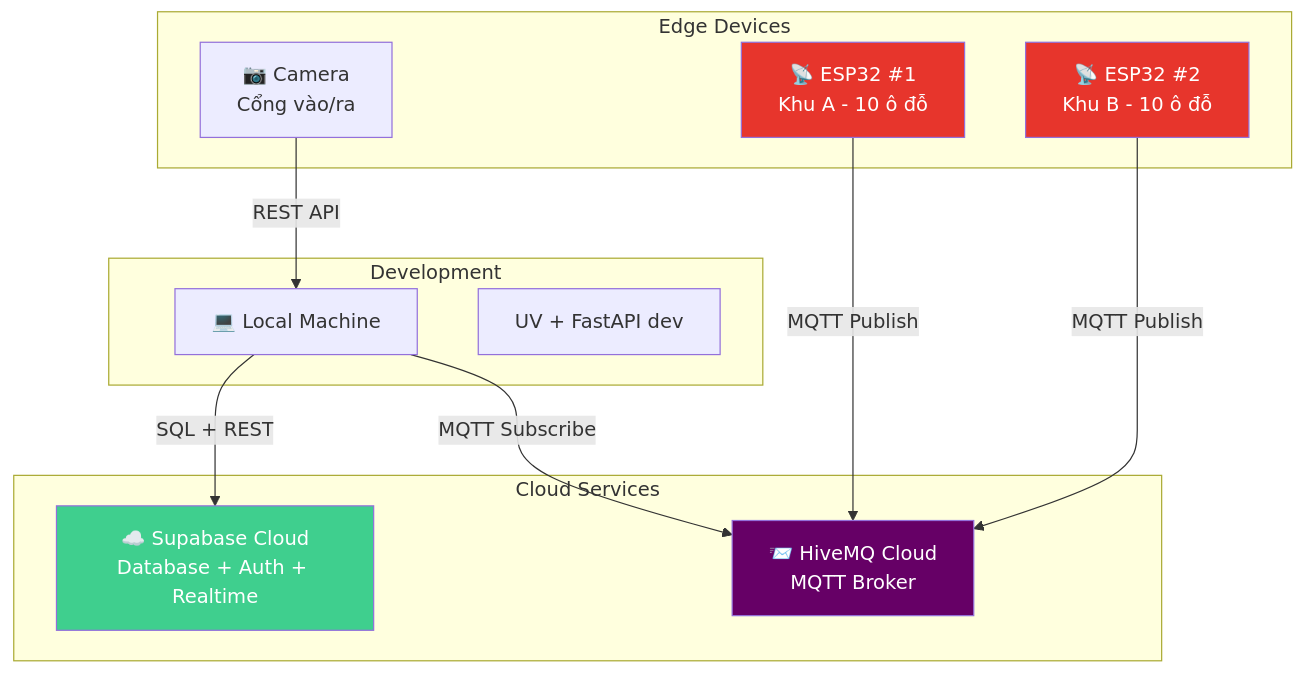
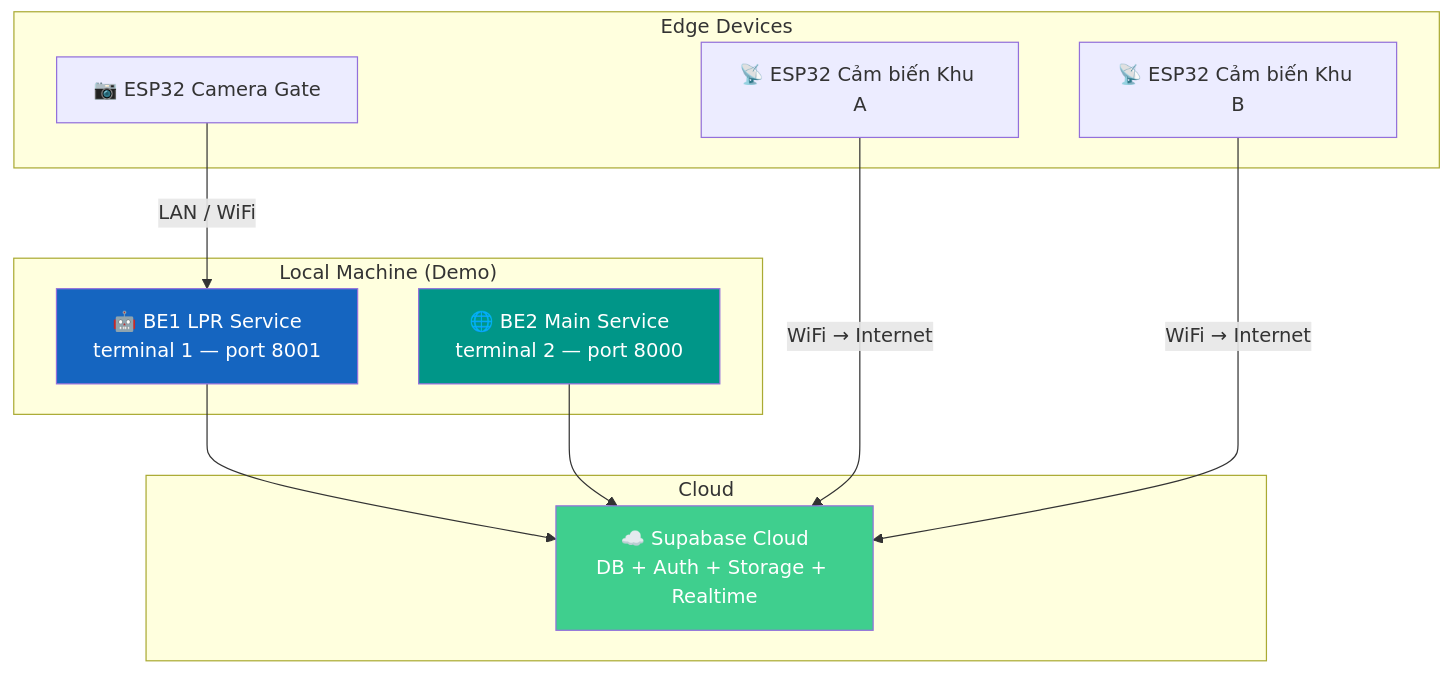
Before and after one commit to smart-parking-lab/smart-parking-backend-dashboard: the fifth of 5 diagrams in docs/SYSTEM_DESIGN.md, drawn with Mermaid. The commit also changed other lines of this file, not shown here.

````diff
--- a/docs/SYSTEM_DESIGN.md
+++ b/docs/SYSTEM_DESIGN.md
@@ -282,29 +157,27 @@
 ```mermaid
 graph TB
-    subgraph "Development"
-        DEV[💻 Local Machine]
-        UV_DEV[UV + FastAPI dev]
+    subgraph "Local Machine (Demo)"
+        BE1[🤖 BE1 LPR Service<br/>terminal 1 — port 8001]
+        BE2[🌐 BE2 Main Service<br/>terminal 2 — port 8000]
     end
 
-    subgraph "Cloud Services"
-        SUPA_CLOUD[☁️ Supabase Cloud<br/>Database + Auth + Realtime]
-        MQTT_CLOUD[📨 HiveMQ Cloud<br/>MQTT Broker]
+    subgraph "Cloud"
+        SUPA[☁️ Supabase Cloud<br/>DB + Auth + Storage + Realtime]
     end
 
     subgraph "Edge Devices"
-        ESP_1[📡 ESP32 #1<br/>Khu A - 10 ô đỗ]
-        ESP_2[📡 ESP32 #2<br/>Khu B - 10 ô đỗ]
-        CAM[📷 Camera<br/>Cổng vào/ra]
+        CAM[📷 ESP32 Camera Gate]
+        SEN1[📡 ESP32 Cảm biến Khu A]
+        SEN2[📡 ESP32 Cảm biến Khu B]
     end
 
-    DEV -->|SQL + REST| SUPA_CLOUD
-    DEV -->|MQTT Subscribe| MQTT_CLOUD
-    ESP_1 -->|MQTT Publish| MQTT_CLOUD
-    ESP_2 -->|MQTT Publish| MQTT_CLOUD
-    CAM -->|REST API| DEV
+    CAM -->|LAN / WiFi| BE1
+    BE1 --> SUPA
+    BE2 --> SUPA
+    SEN1 -->|WiFi → Internet| SUPA
+    SEN2 -->|WiFi → Internet| SUPA
 
-    style SUPA_CLOUD fill:#3FCF8E,color:#fff
-    style MQTT_CLOUD fill:#660066,color:#fff
-    style ESP_1 fill:#E7352C,color:#fff
-    style ESP_2 fill:#E7352C,color:#fff
+    style SUPA fill:#3FCF8E,color:#fff
+    style BE1 fill:#1565C0,color:#fff
+    style BE2 fill:#009688,color:#fff
 ```
````
